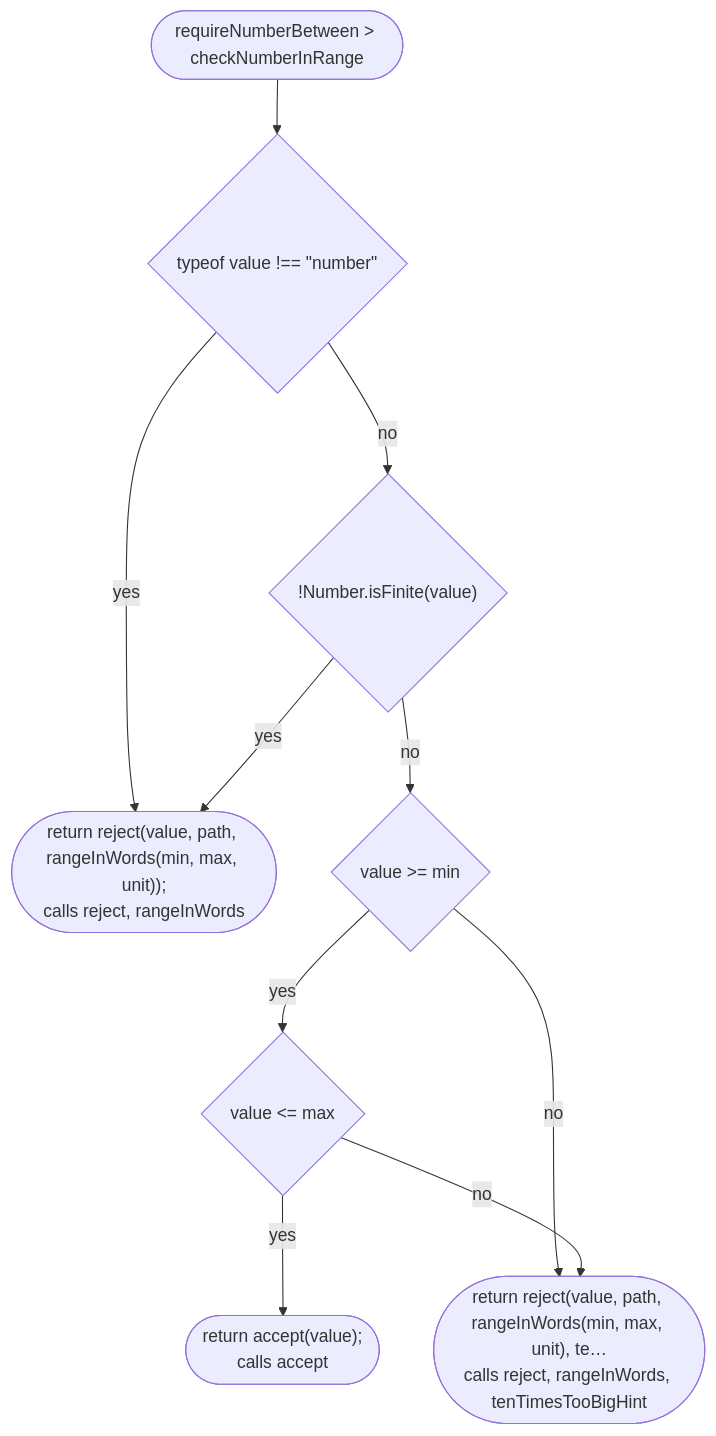
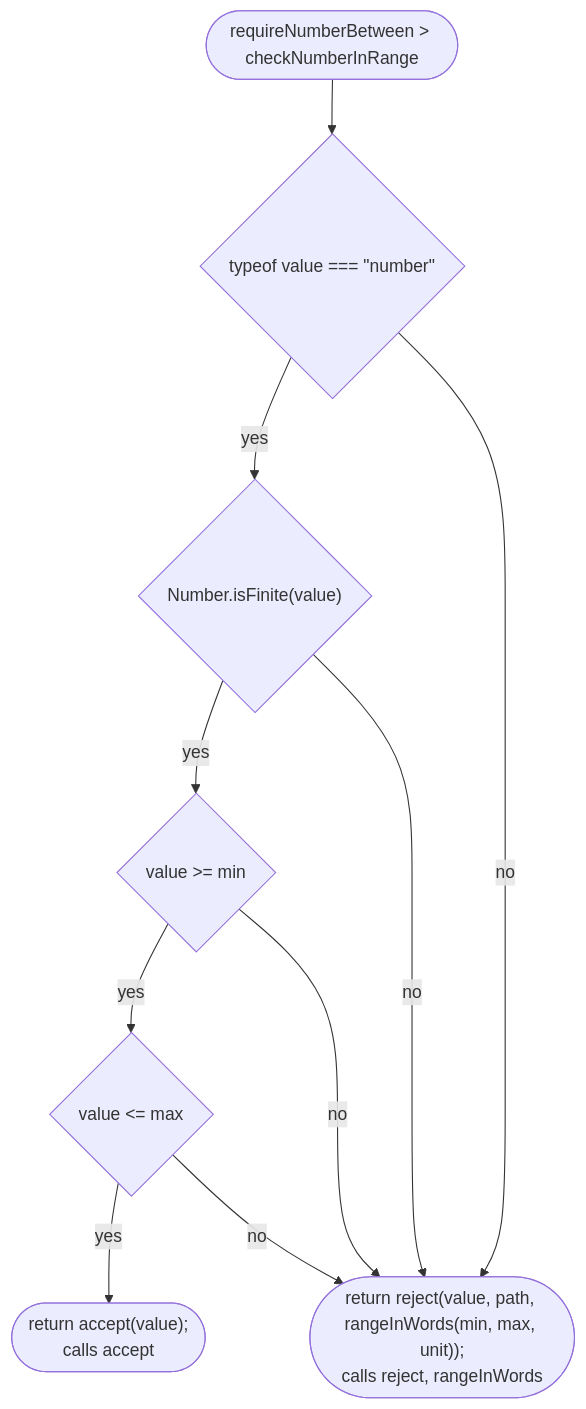
Diagram 12 of 41 in docs/flows/src/place/parse.md (NewDara-Star/world-engine), drawn with Mermaid before and after one commit. The commit also changed other lines of this file and 15 other files, not shown here.

````diff
--- a/docs/flows/src/place/parse.md
+++ b/docs/flows/src/place/parse.md
@@ -176,20 +176,19 @@
 ```mermaid
 flowchart TD
   n1(["requireNumberBetween #gt; checkNumberInRange"])
-  n2{"typeof value !== #quot;number#quot;"}
-  n3{"!Number.isFinite(value)"}
-  n4(["return reject(value, path, rangeInWords(min, max, unit));<br/>calls reject, rangeInWords"])
-  n5{"value #gt;= min"}
-  n6{"value #lt;= max"}
-  n7(["return accept(value);<br/>calls accept"])
-  n8(["return reject(value, path, rangeInWords(min, max, unit), te…<br/>calls reject, rangeInWords, tenTimesTooBigHint"])
+  n2{"typeof value === #quot;number#quot;"}
+  n3{"Number.isFinite(value)"}
+  n4{"value #gt;= min"}
+  n5{"value #lt;= max"}
+  n6(["return accept(value);<br/>calls accept"])
+  n7(["return reject(value, path, rangeInWords(min, max, unit));<br/>calls reject, rangeInWords"])
   n1 --> n2
-  n2 -->|"no"| n3
-  n2 -->|"yes"| n4
+  n2 -->|"yes"| n3
   n3 -->|"yes"| n4
-  n3 -->|"no"| n5
+  n4 -->|"yes"| n5
   n5 -->|"yes"| n6
-  n6 -->|"yes"| n7
-  n5 -->|"no"| n8
-  n6 -->|"no"| n8
+  n2 -->|"no"| n7
+  n3 -->|"no"| n7
+  n4 -->|"no"| n7
+  n5 -->|"no"| n7
 ```
````
